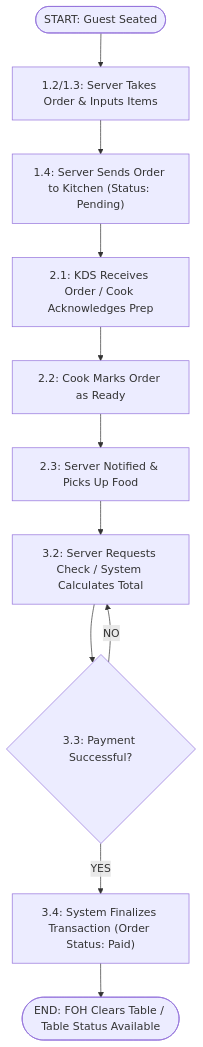
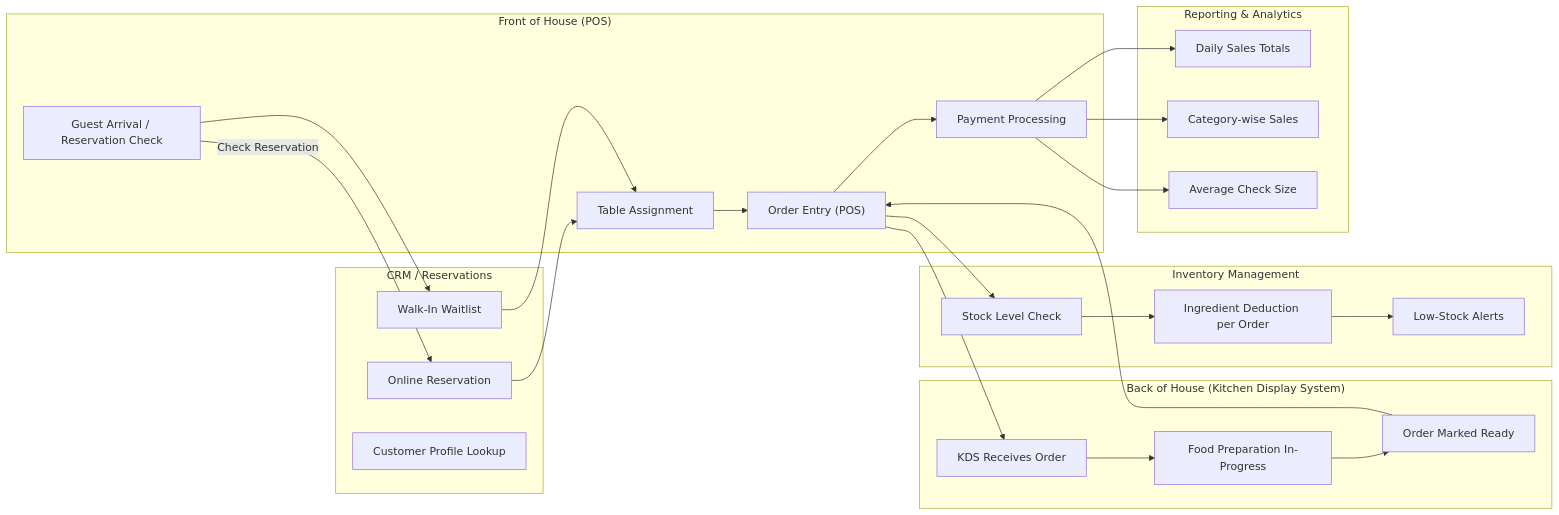
One commit to Sumanchatterje/Genetic changed the diagram in README.md. Above: the diagram before and after it, drawn with Mermaid.

Commit message:
Update flowchart in README with detailed processes

````diff
--- a/README.md
+++ b/README.md
@@ -1,18 +1,62 @@
 ```mermaid
-graph TD
+flowchart LR
 
-    A(["START: Guest Seated"]) --> B["1.2/1.3: Server Takes Order & Inputs Items"]
-    B --> C["1.4: Server Sends Order to Kitchen (Status: Pending)"]
+    %% --- Core Modules ---
+    subgraph FOH["Front of House (POS)"]
+        A["Guest Arrival / Reservation Check"]
+        B["Table Assignment"]
+        C["Order Entry (POS)"]
+        D["Payment Processing"]
+    end
 
-    C --> D["2.1: KDS Receives Order / Cook Acknowledges Prep"]
-    D --> E["2.2: Cook Marks Order as Ready"]
-    E --> F["2.3: Server Notified & Picks Up Food"]
+    subgraph BOH["Back of House (Kitchen Display System)"]
+        E["KDS Receives Order"]
+        F["Food Preparation In-Progress"]
+        G["Order Marked Ready"]
+    end
 
-    F --> G["3.2: Server Requests Check / System Calculates Total"]
-    G --> H{"3.3: Payment Successful?"}
+    subgraph INV["Inventory Management"]
+        H["Stock Level Check"]
+        I["Ingredient Deduction per Order"]
+        J["Low-Stock Alerts"]
+    end
 
-    H -- YES --> I["3.4: System Finalizes Transaction (Order Status: Paid)"]
-    H -- NO --> G
+    subgraph CRM["CRM / Reservations"]
+        K["Online Reservation"]
+        L["Walk-In Waitlist"]
+        M["Customer Profile Lookup"]
+    end
 
-    I --> J(["END: FOH Clears Table / Table Status Available"])
+    subgraph REP["Reporting & Analytics"]
+        N["Daily Sales Totals"]
+        O["Category-wise Sales"]
+        P["Average Check Size"]
+    end
+
+    %% --- Flow Connections ---
+    A -->|Check Reservation| K
+    K --> B
+    A --> L
+    L --> B
+
+    B --> C
+    C --> E
+
+    %% BOH Flow
+    E --> F --> G
+
+    %% Food Ready → FOH
+    G --> C
+
+    %% Payment
+    C --> D
+
+    %% Inventory Sync
+    C --> H
+    H --> I --> J
+
+    %% Reporting Triggers
+    D --> N
+    D --> O
+    D --> P
 ```
````
